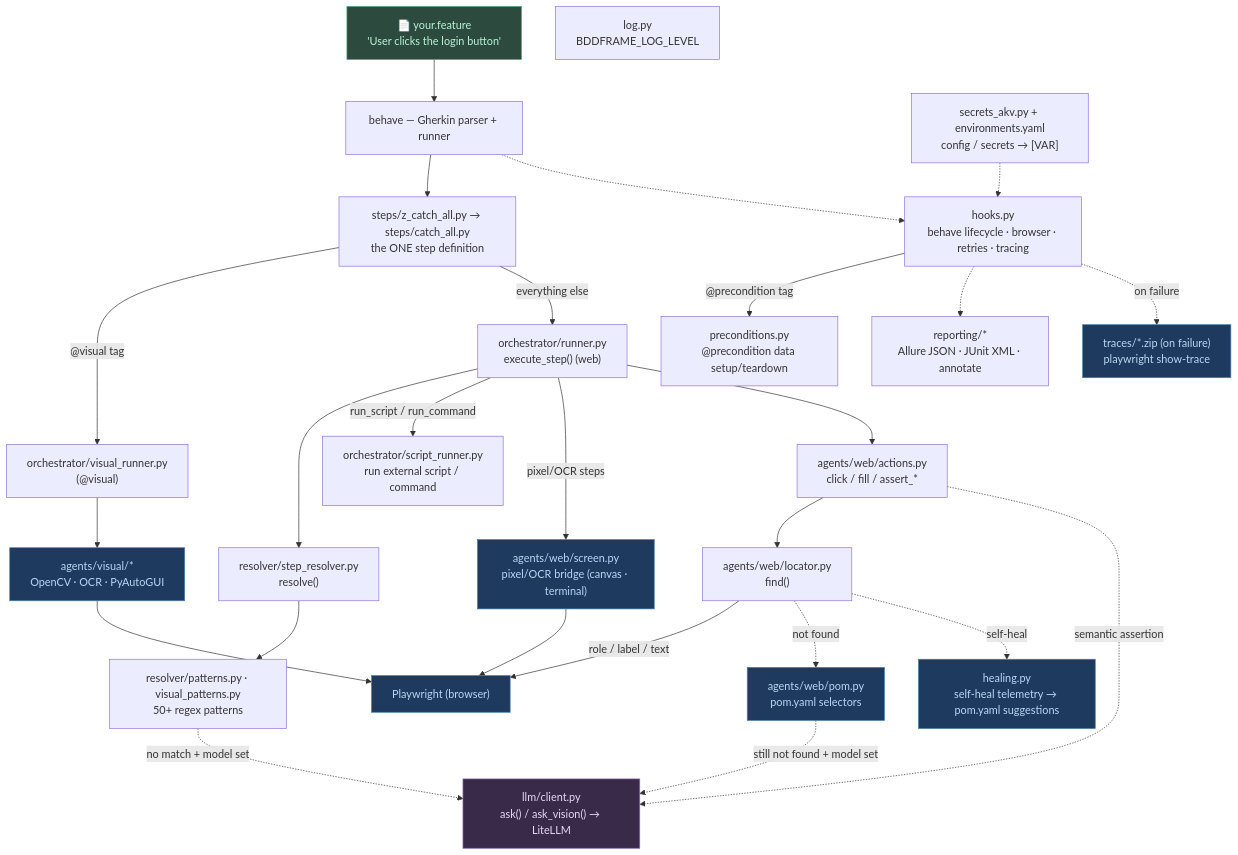
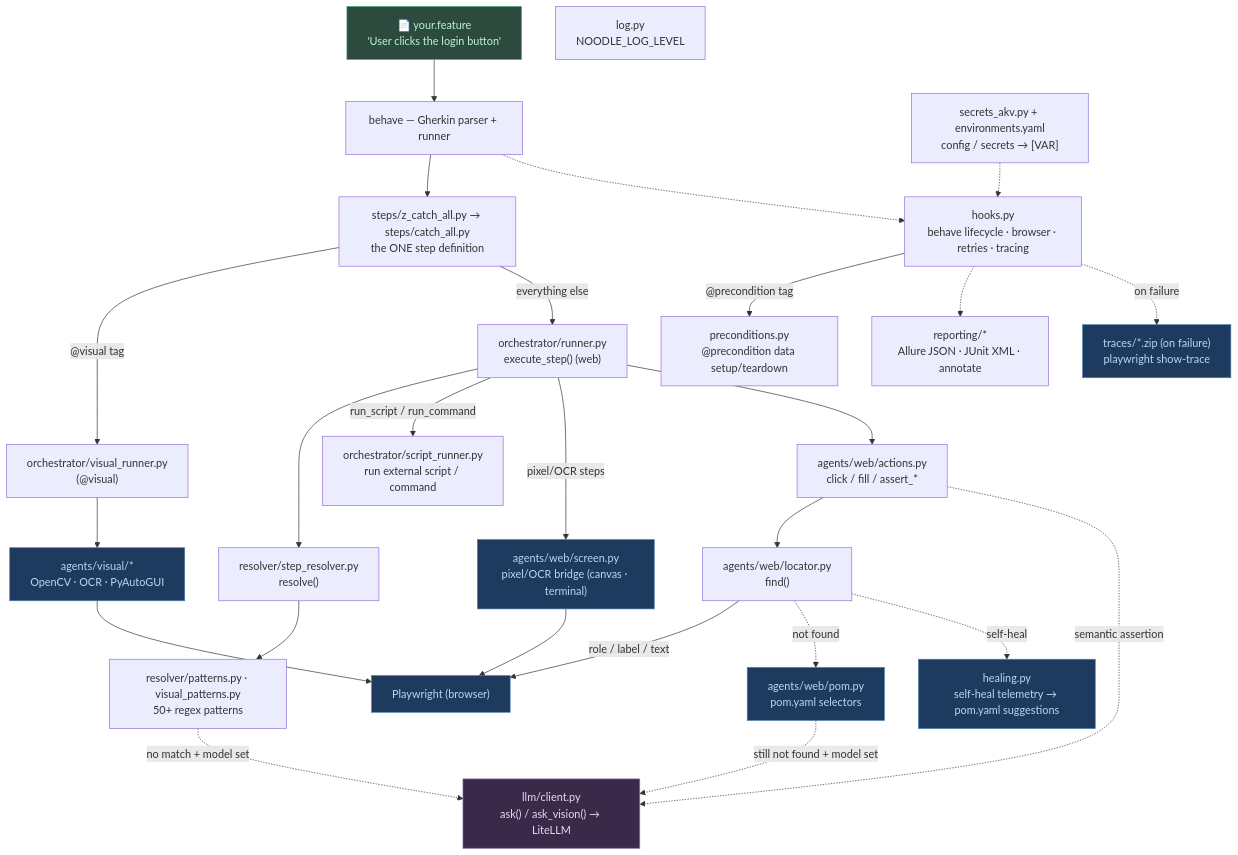
Before and after one commit to gheeno/bddframe: the second of 7 diagrams in docs/architecture.md, drawn with Mermaid. The commit also changed other lines of this file and 164 other files, not shown here.

First line of the commit message:
NOOD_0002 refactor:rename bddframe package to noodle

````diff
--- a/docs/architecture.md
+++ b/docs/architecture.md
@@ -97,52 +97,52 @@
 ```mermaid
 flowchart TD
     FEAT["📄 your.feature<br/>'User clicks the login button'"]
     BEHAVE["behave — Gherkin parser + runner"]
     GLUE["steps/z_catch_all.py → steps/catch_all.py<br/>the ONE step definition"]
     RUN["orchestrator/runner.py<br/>execute_step() (web)"]
     VRUN["orchestrator/visual_runner.py<br/>(@visual)"]
     RES["resolver/step_resolver.py<br/>resolve()"]
     PAT["resolver/patterns.py · visual_patterns.py<br/>50+ regex patterns"]
     ACT["agents/web/actions.py<br/>click / fill / assert_*"]
     SCRIPT["orchestrator/script_runner.py<br/>run external script / command"]
     PRE["preconditions.py<br/>@precondition data setup/teardown"]
     LOC["agents/web/locator.py<br/>find()"]
     POM["agents/web/pom.py<br/>pom.yaml selectors"]
     SCREEN["agents/web/screen.py<br/>pixel/OCR bridge (canvas · terminal)"]
     VIS["agents/visual/*<br/>OpenCV · OCR · PyAutoGUI"]
     PW["Playwright (browser)"]
     LLM["llm/client.py<br/>ask() / ask_vision() → LiteLLM"]
     HOOK["hooks.py<br/>behave lifecycle · browser · retries · tracing"]
     REP["reporting/*<br/>Allure JSON · JUnit XML · annotate"]
     SEC["secrets_akv.py + environments.yaml<br/>config / secrets → [VAR]"]
     HEAL["healing.py<br/>self-heal telemetry → pom.yaml suggestions"]
-    LOG["log.py<br/>BDDFRAME_LOG_LEVEL"]
+    LOG["log.py<br/>NOODLE_LOG_LEVEL"]
     TRACE["traces/*.zip (on failure)<br/>playwright show-trace"]
 
     SEC -.-> HOOK
     FEAT --> BEHAVE --> GLUE
     GLUE -->|"@visual tag"| VRUN --> VIS --> PW
     GLUE -->|"everything else"| RUN
     RUN --> RES --> PAT
     PAT -. "no match + model set" .-> LLM
     RUN -->|"run_script / run_command"| SCRIPT
     HOOK -->|"@precondition tag"| PRE
     RUN -->|"pixel/OCR steps"| SCREEN --> PW
     RUN --> ACT --> LOC -->|"role / label / text"| PW
     LOC -. "not found" .-> POM
     POM -. "still not found + model set" .-> LLM
     ACT -. "semantic assertion" .-> LLM
     LOC -. "self-heal" .-> HEAL
     HOOK -.-> REP
     HOOK -. "on failure" .-> TRACE
     BEHAVE -.-> HOOK
 
     style FEAT fill:#2d4a3e,color:#b8f5d8,stroke:#4aaa80
     style PW fill:#1e3a5f,color:#b8d8f5,stroke:#4a80aa
     style POM fill:#1e3a5f,color:#b8d8f5,stroke:#4a80aa
     style SCREEN fill:#1e3a5f,color:#b8d8f5,stroke:#4a80aa
     style VIS fill:#1e3a5f,color:#b8d8f5,stroke:#4a80aa
     style LLM fill:#3a2a4a,color:#e8d8f5,stroke:#8a6aaa
     style TRACE fill:#1e3a5f,color:#b8d8f5,stroke:#4a80aa
     style HEAL fill:#1e3a5f,color:#b8d8f5,stroke:#4a80aa
 ```
````
